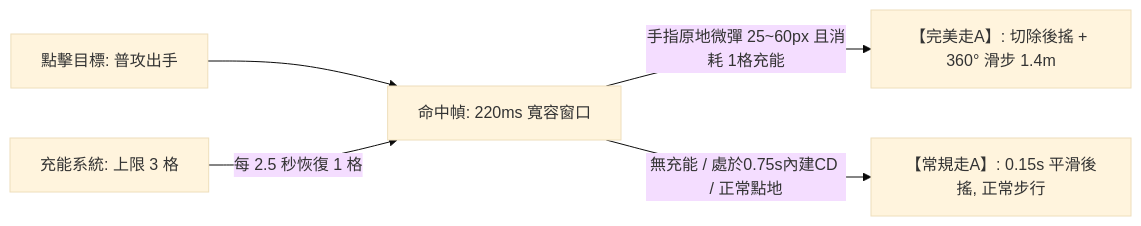
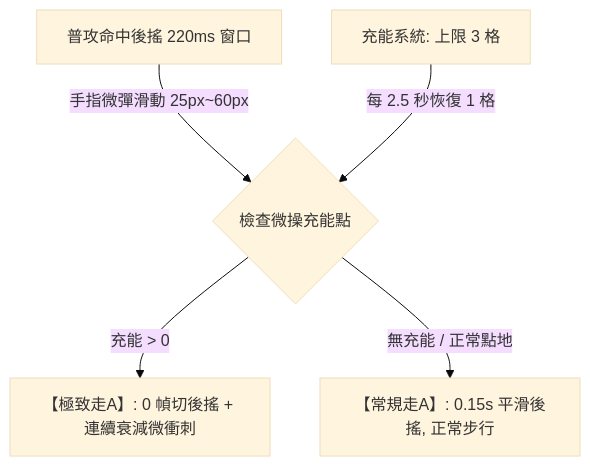
The first of 3 diagrams in GDD.md (9gf6p4448m-del/vow3d), drawn with Mermaid (base theme) before and after one commit. The commit also changed other lines of this file and 1 other file, not shown here.

````diff
--- a/GDD.md
+++ b/GDD.md
@@ -26,7 +26,7 @@
 ```mermaid
-graph LR
-    A[點擊目標: 普攻出手] --> B[命中幀: 220ms 寬容窗口]
-    B -->|手指原地微彈 25~60px 且消耗 1格充能| C[【完美走A】: 切除後搖 + 360° 滑步 1.4m]
-    B -->|無充能 / 處於0.75s內建CD / 正常點地| D[【常規走A】: 0.15s 平滑後搖, 正常步行]
+graph TD
+    A[普攻命中後搖 220ms 窗口] -->|手指微彈滑動 25px~60px| B{檢查微操充能點}
+    B -->|充能 > 0| C[【極致走A】: 0 幀切後搖 + 連續衰減微衝刺]
+    B -->|無充能 / 正常點地| D[【常規走A】: 0.15s 平滑後搖, 正常步行]
     E[充能系統: 上限 3 格] -->|每 2.5 秒恢復 1 格| B
 ```
````
